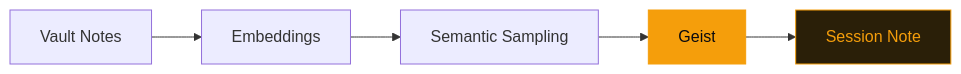
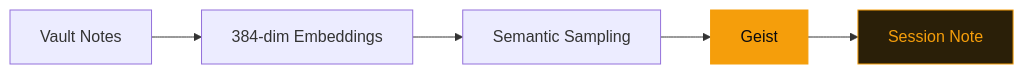
One commit to adewale/slide-maker changed the diagram in examples/geist-fabrik/slides.md. Above: the diagram before and after it, drawn with Mermaid. The commit also changed other lines of this file and 136 other files, not shown here.

First line of the commit message:
Source-ground all decks, update Cloudflare theme, and strengthen Mermaid linting

````diff
--- a/examples/geist-fabrik/slides.md
+++ b/examples/geist-fabrik/slides.md
@@ -124,9 +201,9 @@
 ```mermaid {theme: 'dark', scale: 0.85}
 graph LR
-  V["Vault Notes"] --> E["Embeddings"]
+  V["Vault Notes"] --> E["384-dim Embeddings"]
   E --> S["Semantic Sampling"]
   S --> G["Geist"]
   G --> N["Session Note"]
   style G fill:#f59e0b,stroke:#f59e0b,color:#0a0a0f
   style N fill:#2a1f08,stroke:#f59e0b,color:#f59e0b
 ```
````
